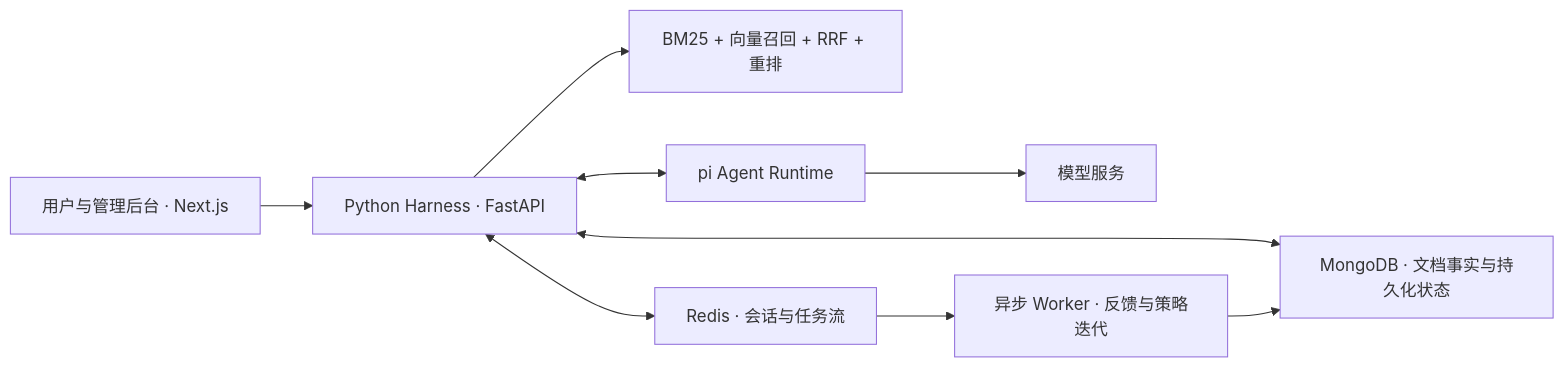
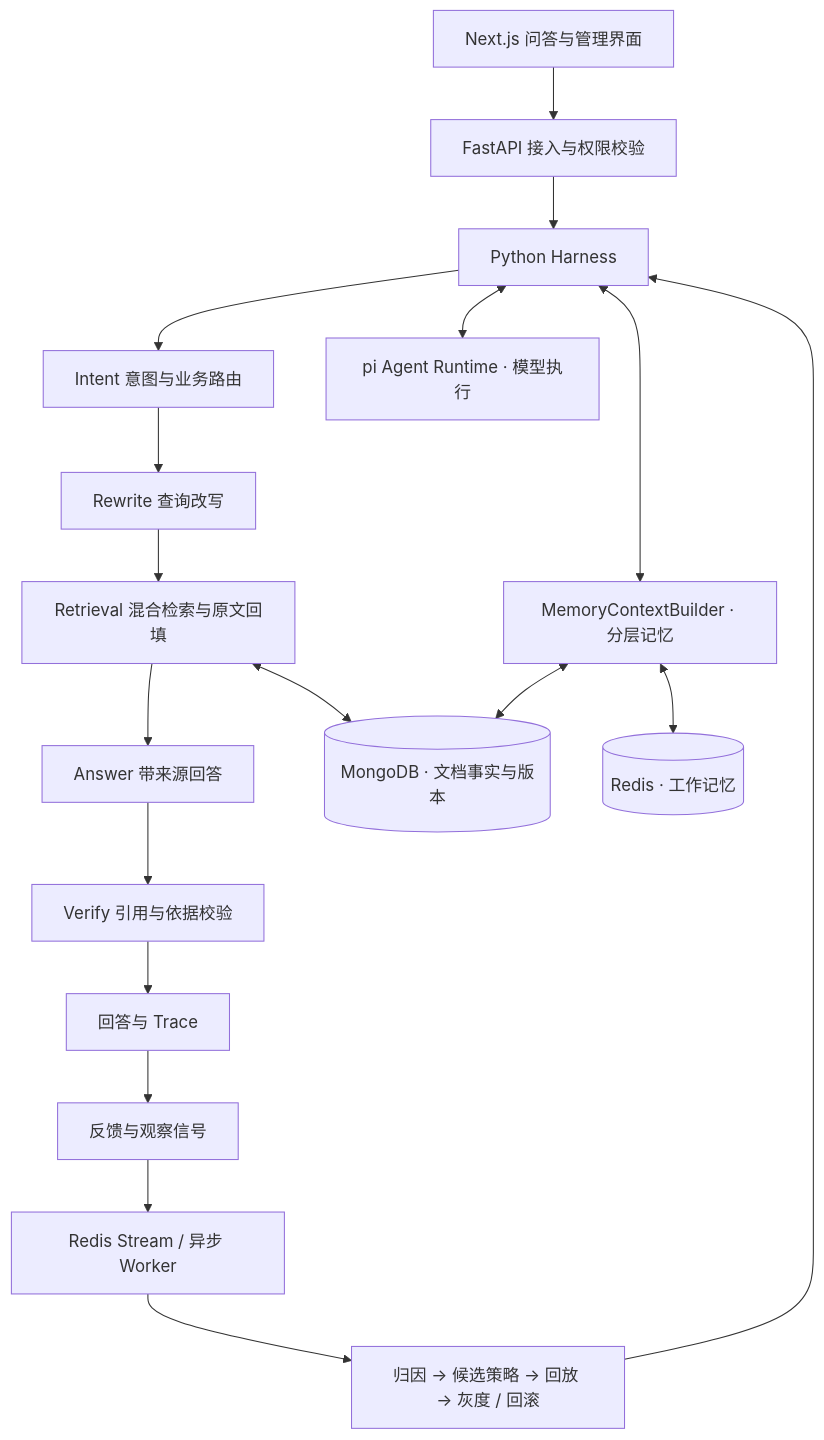
One commit to yinzuosheng741-wq/intelligent-customer-service changed the diagram in README.md. Above: the diagram before and after it, drawn with Mermaid. The commit also changed other lines of this file and 1 other file, not shown here.

Commit message:
docs: rewrite README as developer-facing project guide

````diff
--- a/README.md
+++ b/README.md
@@ -20,11 +147,20 @@
 ```mermaid
-flowchart LR
-    U[用户与管理后台 · Next.js] --> H[Python Harness · FastAPI]
-    H --> R[BM25 + 向量召回 + RRF + 重排]
-    H <--> A[pi Agent Runtime]
-    A --> M[模型服务]
-    H <--> D[MongoDB · 文档事实与持久化状态]
-    H <--> C[Redis · 会话与任务流]
-    C --> W[异步 Worker · 反馈与策略迭代]
-    W --> D
+flowchart TB
+    UI[Next.js 问答与管理界面] --> API[FastAPI 接入与权限校验]
+    API --> H[Python Harness]
+    H --> I[Intent 意图与业务路由]
+    I --> Q[Rewrite 查询改写]
+    Q --> R[Retrieval 混合检索与原文回填]
+    R --> A[Answer 带来源回答]
+    A --> V[Verify 引用与依据校验]
+    V --> OUT[回答与 Trace]
+    H <--> PI[pi Agent Runtime · 模型执行]
+    R <--> DB[(MongoDB · 文档事实与版本)]
+    H <--> M[MemoryContextBuilder · 分层记忆]
+    M <--> C[(Redis · 工作记忆)]
+    M <--> DB
+    OUT --> F[反馈与观察信号]
+    F --> W[Redis Stream / 异步 Worker]
+    W --> L[归因 → 候选策略 → 回放 → 灰度 / 回滚]
+    L --> H
 ```
````
